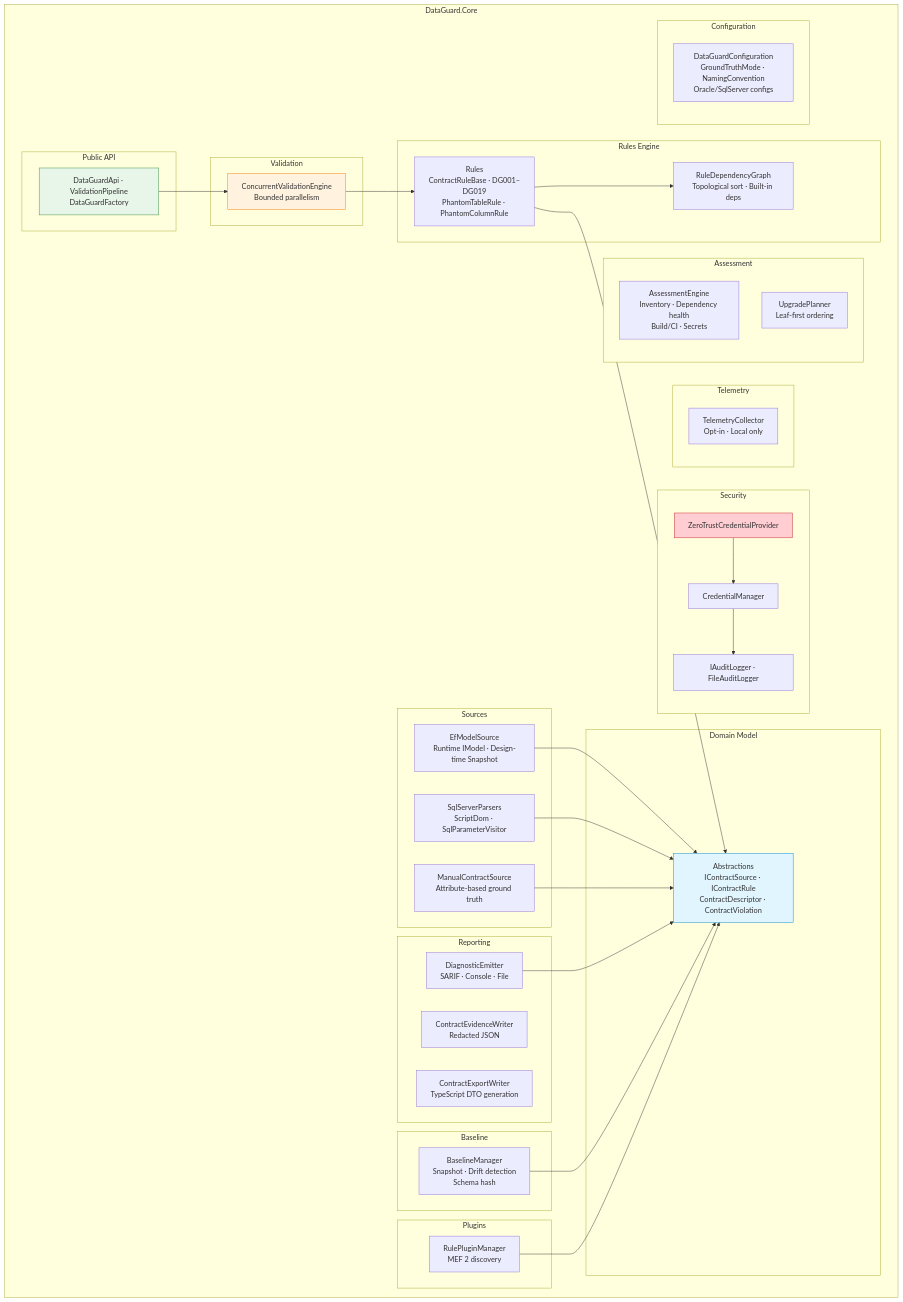
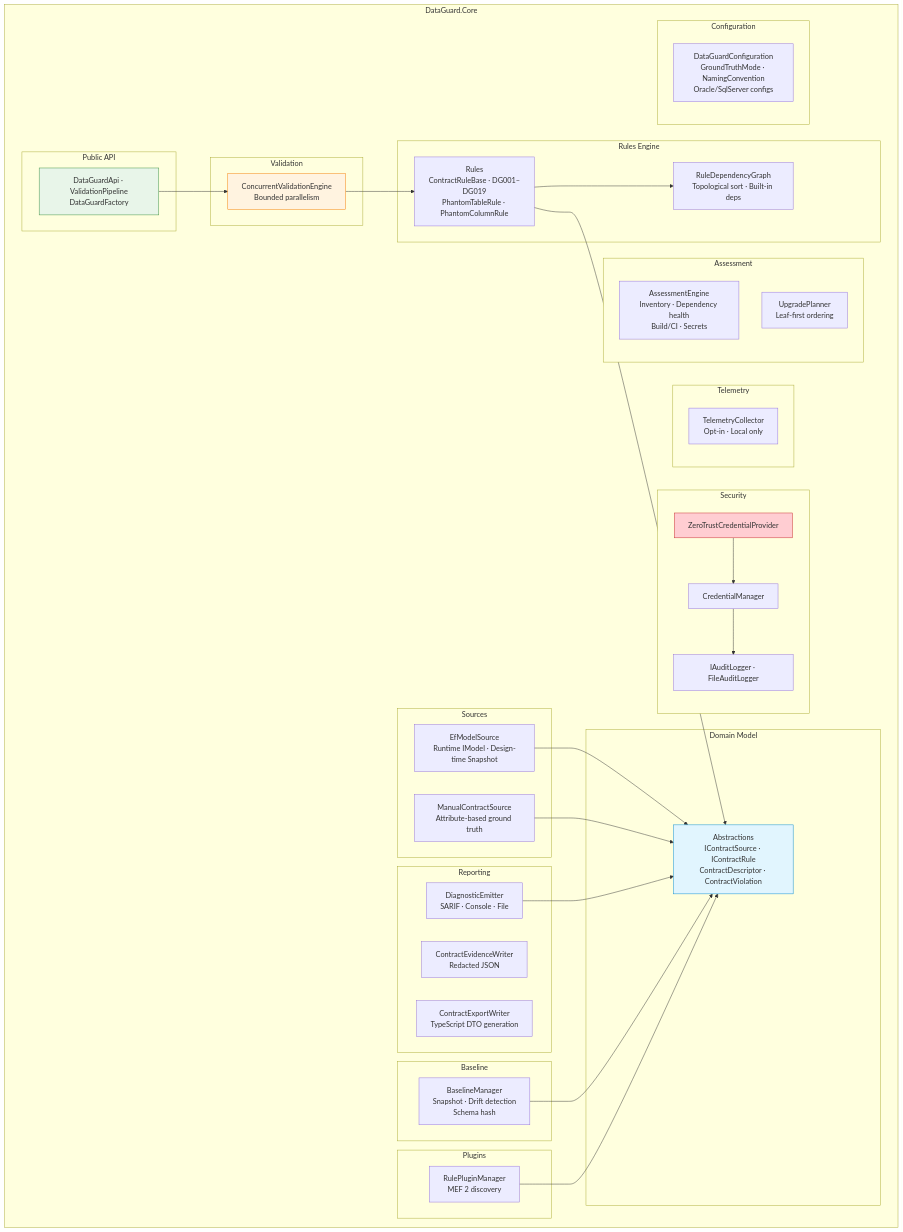
The sixth of 6 diagrams in docs/02-architecture/system-architecture.md (thanhnt-sm/eco_support_net_oracle), drawn with Mermaid before and after one commit. The commit also changed 55 other files, not shown here.

First line of the commit message:
refactor(core): move SQL Server code into DataGuard.SqlServer.Adapter and trim adapter dependencies

````diff
--- a/docs/02-architecture/system-architecture.md
+++ b/docs/02-architecture/system-architecture.md
@@ -309,76 +309,75 @@
 ```mermaid
 graph TB
     subgraph "DataGuard.Core"
         subgraph "Domain Model"
             ABS["Abstractions<br/>IContractSource · IContractRule<br/>ContractDescriptor · ContractViolation"]
         end
 
         subgraph "Rules Engine"
             RULES["Rules<br/>ContractRuleBase · DG001–DG019<br/>PhantomTableRule · PhantomColumnRule"]
             RDG["RuleDependencyGraph<br/>Topological sort · Built-in deps"]
         end
 
         subgraph "Sources"
             EF["EfModelSource<br/>Runtime IModel · Design-time Snapshot"]
-            SP["SqlServerParsers<br/>ScriptDom · SqlParameterVisitor"]
             MANUAL["ManualContractSource<br/>Attribute-based ground truth"]
         end
 
         subgraph "Security"
             ZTP["ZeroTrustCredentialProvider"]
             CM["CredentialManager"]
             AUDIT["IAuditLogger · FileAuditLogger"]
         end
 
         subgraph "Baseline"
             BM["BaselineManager<br/>Snapshot · Drift detection<br/>Schema hash"]
         end
 
         subgraph "Reporting"
             DE["DiagnosticEmitter<br/>SARIF · Console · File"]
             CE["ContractEvidenceWriter<br/>Redacted JSON"]
             CX["ContractExportWriter<br/>TypeScript DTO generation"]
         end
 
         subgraph "Validation"
             CVE["ConcurrentValidationEngine<br/>Bounded parallelism"]
         end
 
         subgraph "Plugins"
             RPM["RulePluginManager<br/>MEF 2 discovery"]
         end
 
         subgraph "Telemetry"
             TC["TelemetryCollector<br/>Opt-in · Local only"]
         end
 
         subgraph "Assessment"
             AE["AssessmentEngine<br/>Inventory · Dependency health<br/>Build/CI · Secrets"]
             UP["UpgradePlanner<br/>Leaf-first ordering"]
         end
 
         subgraph "Public API"
             API["DataGuardApi · ValidationPipeline<br/>DataGuardFactory"]
         end
 
         subgraph "Configuration"
             CFG["DataGuardConfiguration<br/>GroundTruthMode · NamingConvention<br/>Oracle/SqlServer configs"]
         end
     end
 
     API --> CVE
     CVE --> RULES
     RULES --> ABS
-    EF & SP & MANUAL --> ABS
+    EF & MANUAL --> ABS
     RULES --> RDG
     DE --> ABS
     BM --> ABS
     ZTP --> CM
     CM --> AUDIT
     RPM --> ABS
 
     style ABS fill:#e1f5fe,stroke:#0288d1
     style API fill:#e8f5e9,stroke:#388e3c
     style CVE fill:#fff3e0,stroke:#f57c00
     style ZTP fill:#ffcdd2,stroke:#c62828
 ```
````
